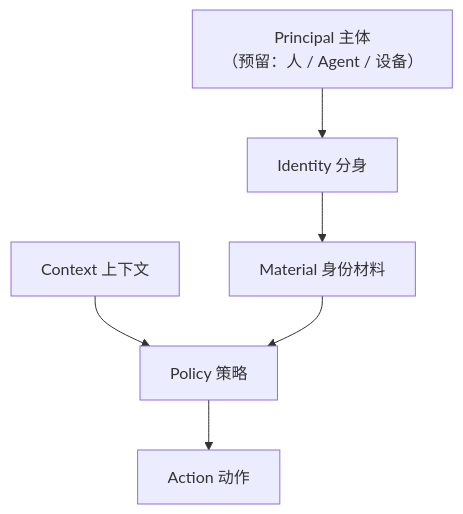
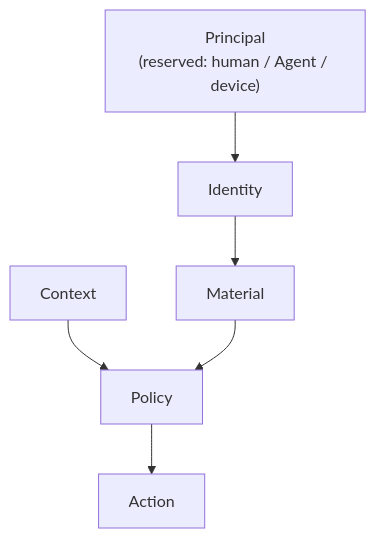
One commit to cuihairu/persona changed the diagram in docs/src/concepts/index.md. Above: the diagram before and after it, drawn with Mermaid. The commit also changed other lines of this file and 84 other files, not shown here.

````diff
--- a/docs/src/concepts/index.md
+++ b/docs/src/concepts/index.md
@@ -7,15 +11,15 @@
 ```mermaid
 flowchart TB
-    P["Principal 主体<br/>（预留：人 / Agent / 设备）"]
-    I["Identity 分身"]
-    M["Material 身份材料"]
-    C["Context 上下文"]
-    POL["Policy 策略"]
-    A["Action 动作"]
+    P["Principal<br/>(reserved: human / Agent / device)"]
+    I["Identity"]
+    M["Material"]
+    C["Context"]
+    POL["Policy"]
+    A["Action"]
 
     P --> I
     I --> M
     C --> POL
     M --> POL
     POL --> A
 ```
````
